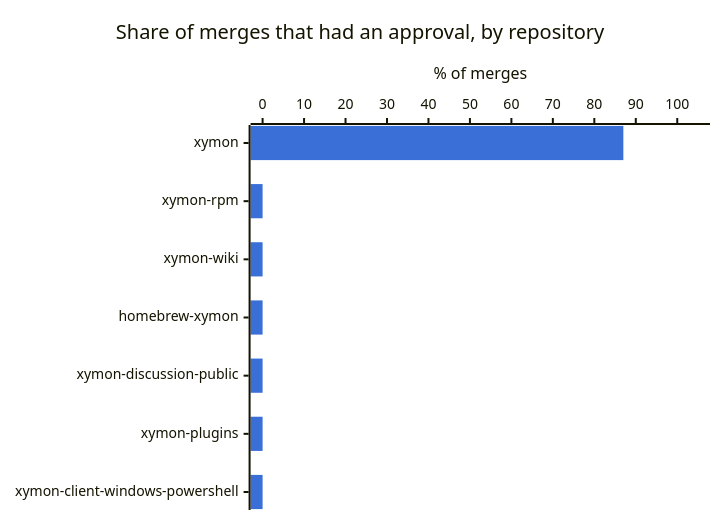
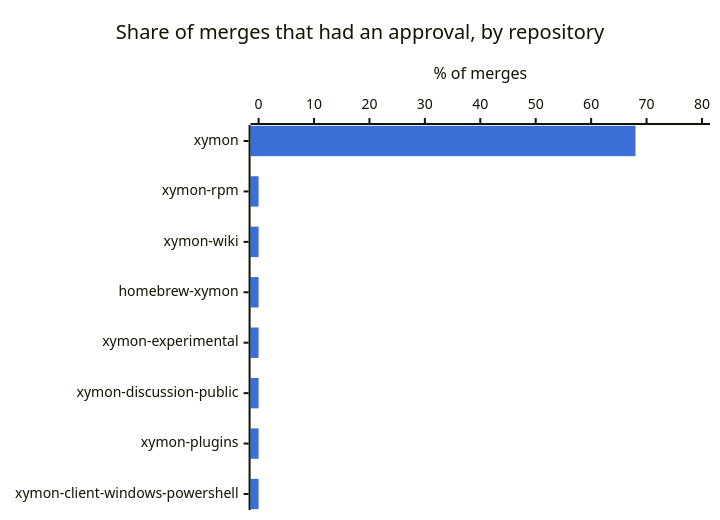
One commit to xymon-monitoring/xymon-wiki changed the second of 5 diagrams in docs/about/project-activity.md. Above: the diagram before and after it, drawn with Mermaid. The commit also changed other lines of this file, not shown here.

````diff
--- a/docs/about/project-activity.md
+++ b/docs/about/project-activity.md
@@ -71,8 +72,8 @@
 ```mermaid
 %%{init: {"themeVariables": {"xyChart": {"plotColorPalette": "#3b6fd8, #e07b2a"}}}}%%
 xychart-beta horizontal
     title "Share of merges that had an approval, by repository"
-    x-axis ["xymon", "xymon-rpm", "xymon-wiki", "homebrew-xymon", "xymon-discussion-public", "xymon-plugins", "xymon-client-windows-powershell"]
-    y-axis "% of merges" 0 --> 105
-    bar [87, 0, 0, 0, 0, 0, 0]
+    x-axis ["xymon", "xymon-rpm", "xymon-wiki", "homebrew-xymon", "xymon-experimental", "xymon-discussion-public", "xymon-plugins", "xymon-client-windows-powershell"]
+    y-axis "% of merges" 0 --> 80
+    bar [68, 0, 0, 0, 0, 0, 0, 0]
 ```
````
